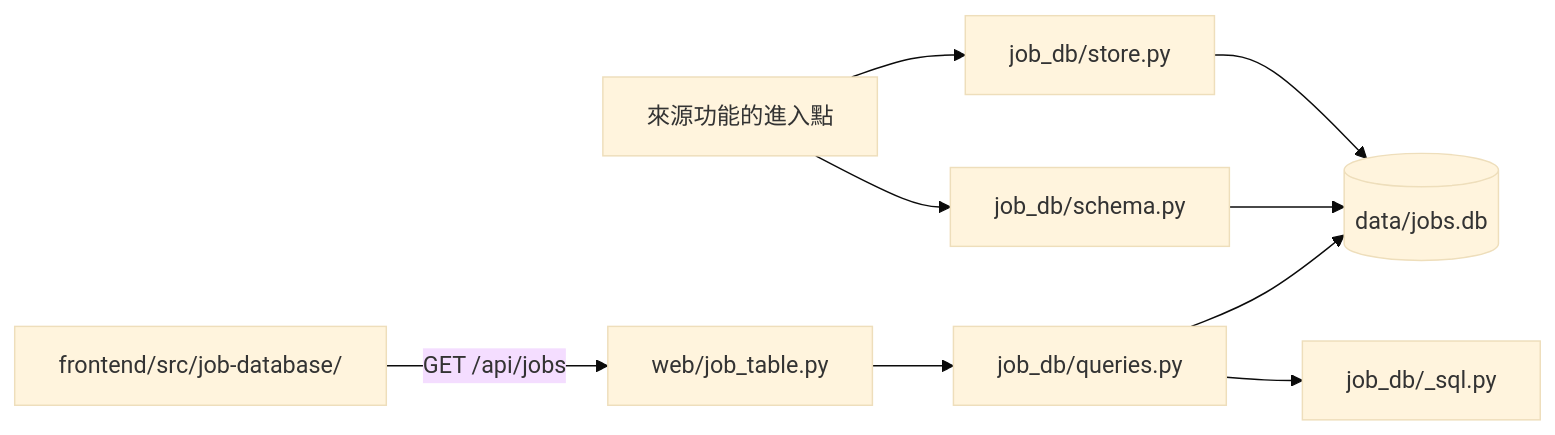
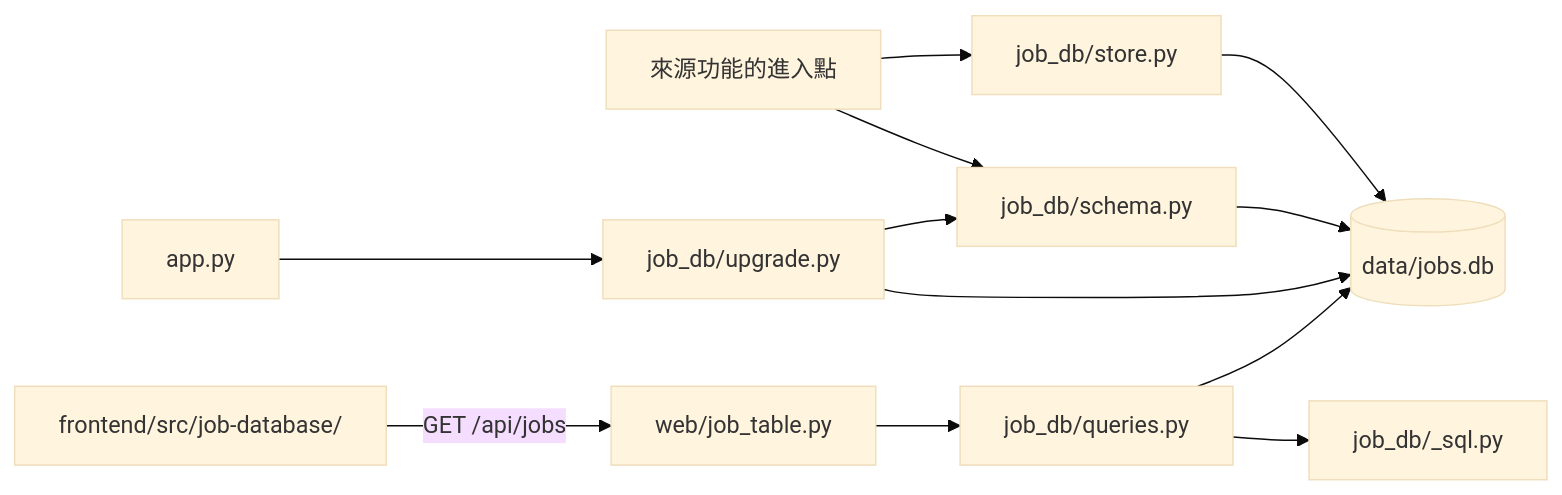
One commit to dlhdb/job-matching changed the diagram in docs/tech/tech-design/job-database.md. Above: the diagram before and after it, drawn with Mermaid (base theme). The commit also changed other lines of this file and 13 other files, not shown here.

````diff
--- a/docs/tech/tech-design/job-database.md
+++ b/docs/tech/tech-design/job-database.md
@@ -11,11 +11,14 @@
 ```mermaid
 flowchart LR
     page["frontend/src/job-database/"] -->|"GET /api/jobs"| api["web/job_table.py"]
     api --> queries["job_db/queries.py"]
     src["來源功能的進入點"] --> store["job_db/store.py"]
     src --> schema["job_db/schema.py"]
+    app["app.py"] --> upgrade["job_db/upgrade.py"]
+    upgrade --> schema
     store --> db[("data/jobs.db")]
     schema --> db
+    upgrade --> db
     queries --> db
     queries --> sql["job_db/_sql.py"]
 ```
````
